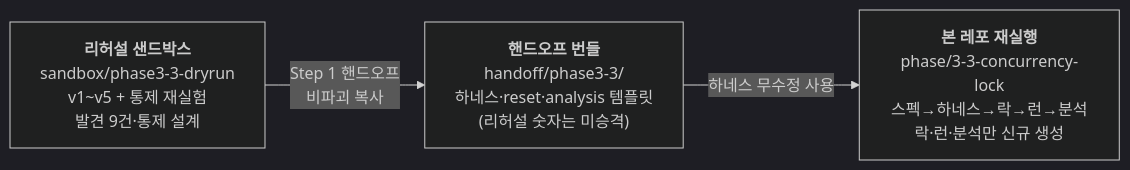
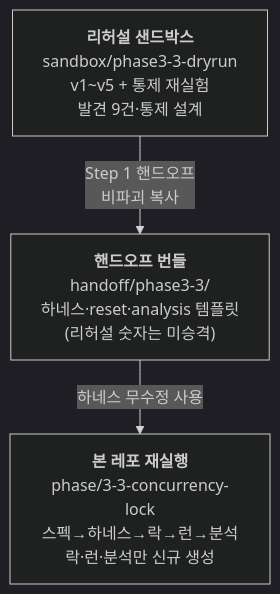
Before and after one commit to data-sy/high-traffic-performance-tuning: the second of 3 diagrams in docs/reports/phase3-3-concurrency-lock.md, drawn with Mermaid (dark theme). The commit also changed other lines of this file, not shown here.

````diff
--- a/docs/reports/phase3-3-concurrency-lock.md
+++ b/docs/reports/phase3-3-concurrency-lock.md
@@ -70,8 +78,8 @@
 ```mermaid
-flowchart LR
+flowchart TD
     R["<b>리허설 샌드박스</b><br/>sandbox/phase3-3-dryrun<br/>v1~v5 + 통제 재실험<br/>발견 9건·통제 설계"]
     H["<b>핸드오프 번들</b><br/>handoff/phase3-3/<br/>하네스·reset·analysis 템플릿<br/>(리허설 숫자는 미승격)"]
     M["<b>본 레포 재실행</b><br/>phase/3-3-concurrency-lock<br/>스펙→하네스→락→런→분석<br/>락·런·분석만 신규 생성"]
     R -->|"Step 1 핸드오프<br/>비파괴 복사"| H
     H -->|"하네스 무수정 사용"| M
 ```
````
